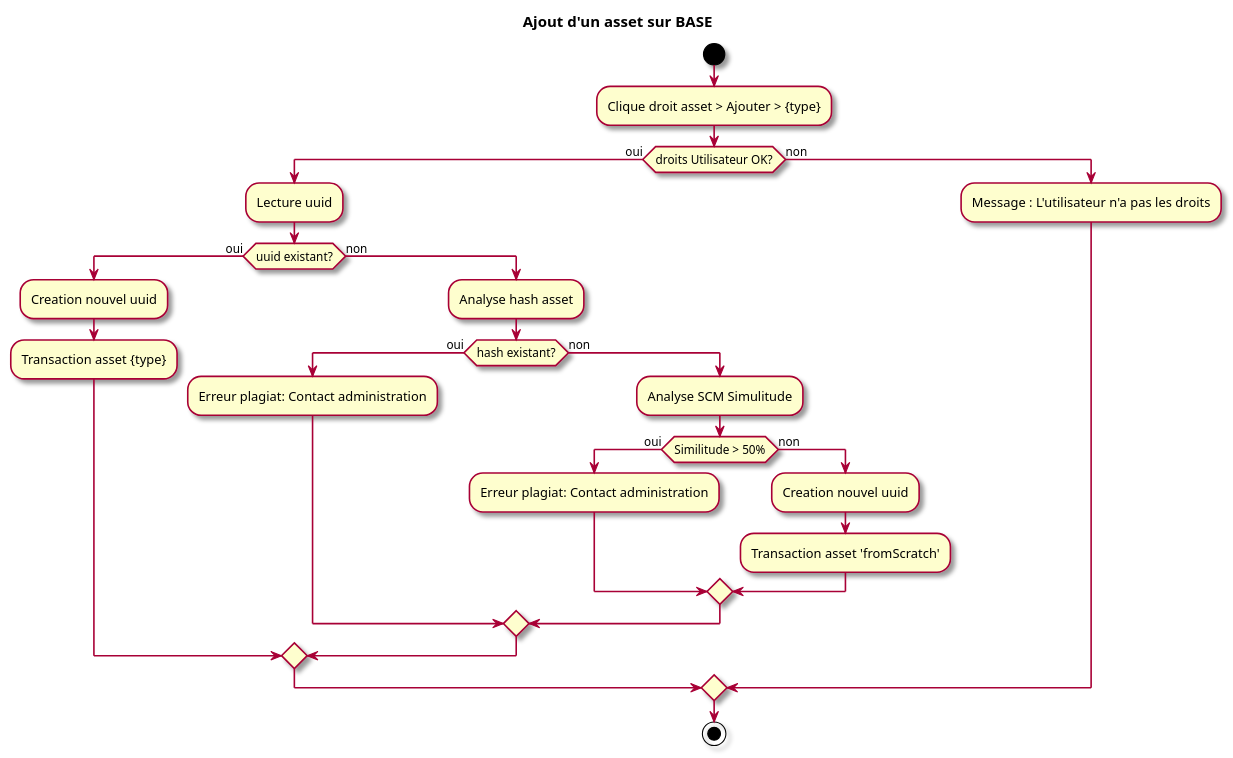
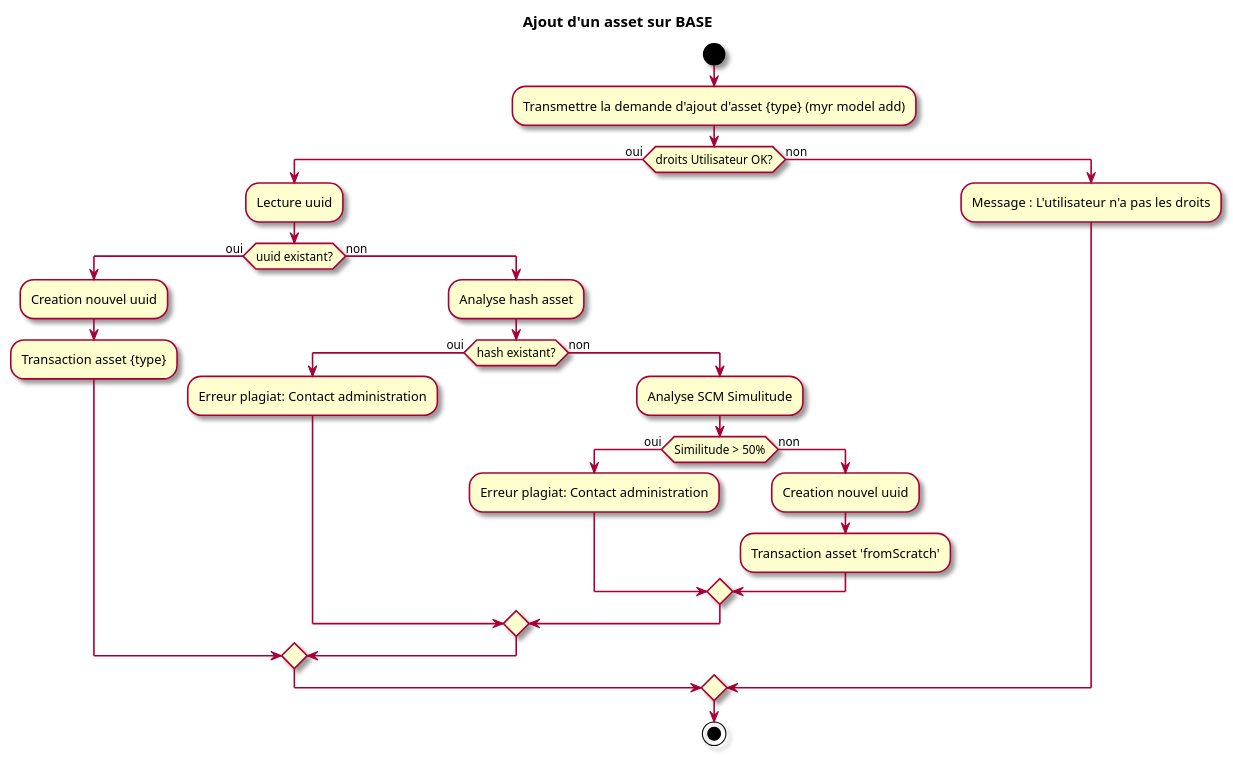
One commit to olivaux/myr changed the second of 3 diagrams in specs/1-Expression/UCCE-Composant_Ecriture/UCCE01.md. Above: the diagram before and after it, drawn with PlantUML. The commit also changed other lines of this file and 65 other files, not shown here.

````diff
--- a/specs/1-Expression/UCCE-Composant_Ecriture/UCCE01.md
+++ b/specs/1-Expression/UCCE-Composant_Ecriture/UCCE01.md
@@ -86,31 +84,31 @@
 ```plantuml
 @startuml
 skin rose
 title Ajout d'un asset sur BASE
 start
-:Clique droit asset > Ajouter > {type};
+:Transmettre la demande d'ajout d'asset {type} (myr model add);
 if(droits Utilisateur OK?) then (oui)
   :Lecture uuid;
     if (uuid existant?) then (oui)
       :Creation nouvel uuid;
       :Transaction asset {type};
     else (non)
       :Analyse hash asset;
         if (hash existant?) then (oui)
           :Erreur plagiat: Contact administration;
         else (non)
           :Analyse SCM Simulitude;
           if (Similitude > 50%) then (oui)
             :Erreur plagiat: Contact administration;
           else (non)
             :Creation nouvel uuid;
             :Transaction asset 'fromScratch';
           endif
         endif
     endif
 else (non)
   :Message : L'utilisateur n'a pas les droits;
 endif
 stop
 @enduml
 ```
````
